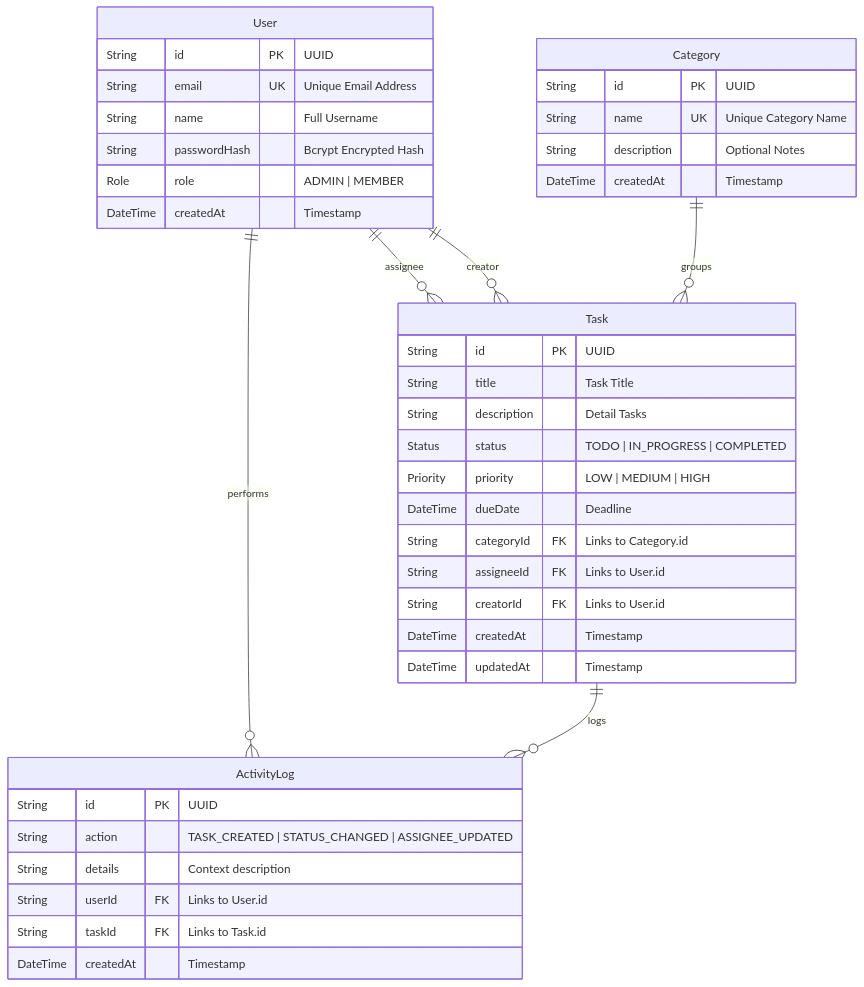
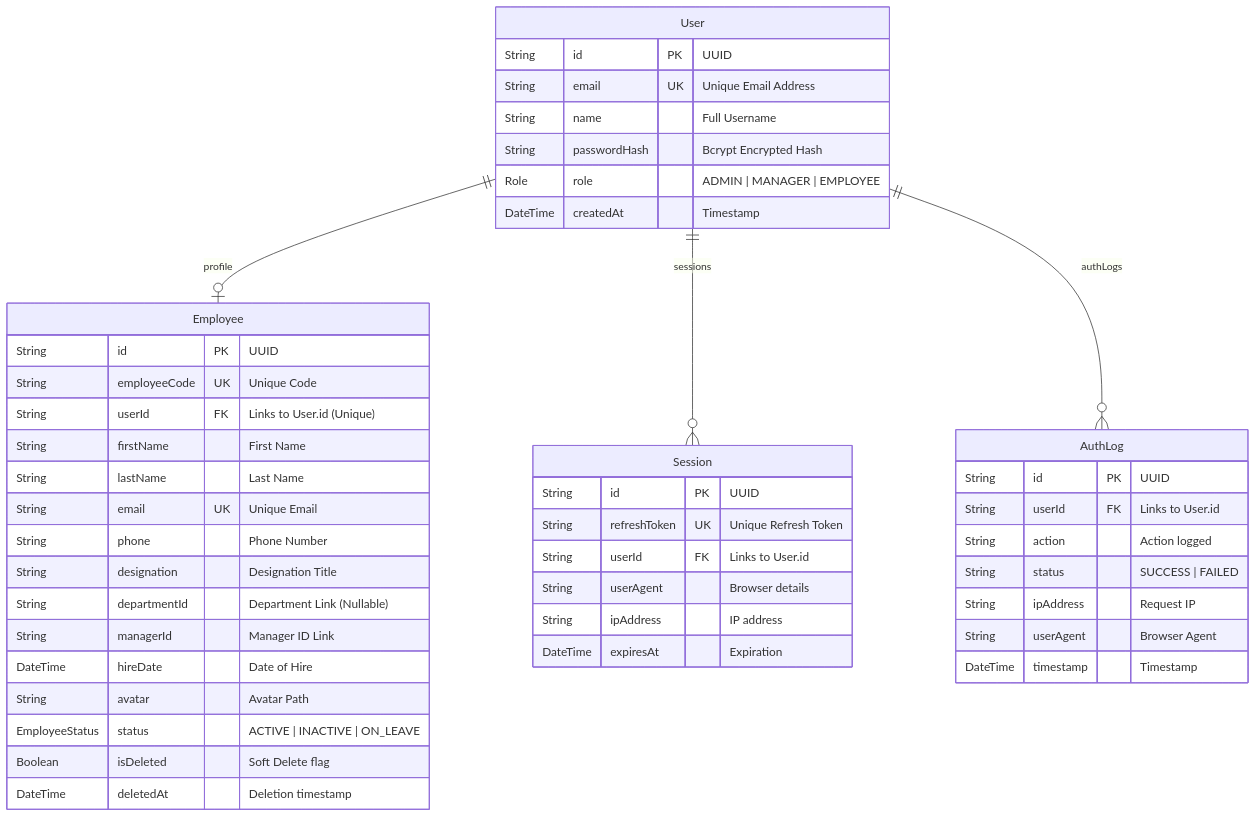
Before and after one commit to prakhar051/Task-Management-Portal: the diagram in docs/database-design.md, drawn with Mermaid. The commit also changed other lines of this file and 26 other files, not shown here.

Commit message:
feat(employee): implement employee management module with CRUD, avatar upload, search, filtering, pagination, bulk operations, restore, export, and RBAC

````diff
--- a/docs/database-design.md
+++ b/docs/database-design.md
@@ -31,47 +31,52 @@
 ```mermaid
 erDiagram
     User {
         String id PK "UUID"
         String email UK "Unique Email Address"
         String name "Full Username"
         String passwordHash "Bcrypt Encrypted Hash"
-        Role role "ADMIN | MEMBER"
+        Role role "ADMIN | MANAGER | EMPLOYEE"
         DateTime createdAt "Timestamp"
     }
 
-    Category {
+    Session {
         String id PK "UUID"
-        String name UK "Unique Category Name"
-        String description "Optional Notes"
-        DateTime createdAt "Timestamp"
+        String refreshToken UK "Unique Refresh Token"
+        String userId FK "Links to User.id"
+        String userAgent "Browser details"
+        String ipAddress "IP address"
+        DateTime expiresAt "Expiration"
     }
 
-    Task {
+    AuthLog {
         String id PK "UUID"
-        String title "Task Title"
-        String description "Detail Tasks"
-        Status status "TODO | IN_PROGRESS | COMPLETED"
-        Priority priority "LOW | MEDIUM | HIGH"
-        DateTime dueDate "Deadline"
-        String categoryId FK "Links to Category.id"
-        String assigneeId FK "Links to User.id"
-        String creatorId FK "Links to User.id"
-        DateTime createdAt "Timestamp"
-        DateTime updatedAt "Timestamp"
+        String userId FK "Links to User.id"
+        String action "Action logged"
+        String status "SUCCESS | FAILED"
+        String ipAddress "Request IP"
+        String userAgent "Browser Agent"
+        DateTime timestamp "Timestamp"
     }
 
-    ActivityLog {
+    Employee {
         String id PK "UUID"
-        String action "TASK_CREATED | STATUS_CHANGED | ASSIGNEE_UPDATED"
-        String details "Context description"
-        String userId FK "Links to User.id"
-        String taskId FK "Links to Task.id"
-        DateTime createdAt "Timestamp"
+        String employeeCode UK "Unique Code"
+        String userId FK "Links to User.id (Unique)"
+        String firstName "First Name"
+        String lastName "Last Name"
+        String email UK "Unique Email"
+        String phone "Phone Number"
+        String designation "Designation Title"
+        String departmentId "Department Link (Nullable)"
+        String managerId "Manager ID Link"
+        DateTime hireDate "Date of Hire"
+        String avatar "Avatar Path"
+        EmployeeStatus status "ACTIVE | INACTIVE | ON_LEAVE"
+        Boolean isDeleted "Soft Delete flag"
+        DateTime deletedAt "Deletion timestamp"
     }
 
-    User ||--o{ Task : "assignee"
-    User ||--o{ Task : "creator"
-    User ||--o{ ActivityLog : "performs"
-    Category ||--o{ Task : "groups"
-    Task ||--o{ ActivityLog : "logs"
+    User ||--o| Employee : "profile"
+    User ||--o{ Session : "sessions"
+    User ||--o{ AuthLog : "authLogs"
 ```
````
